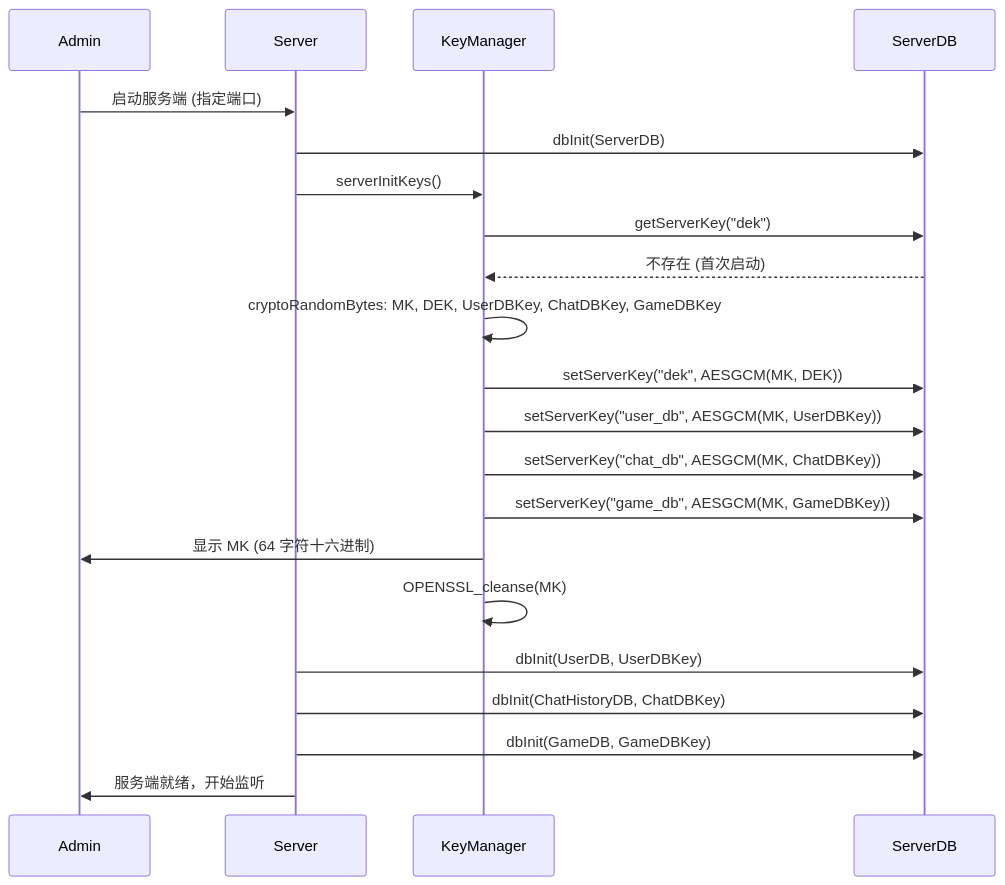
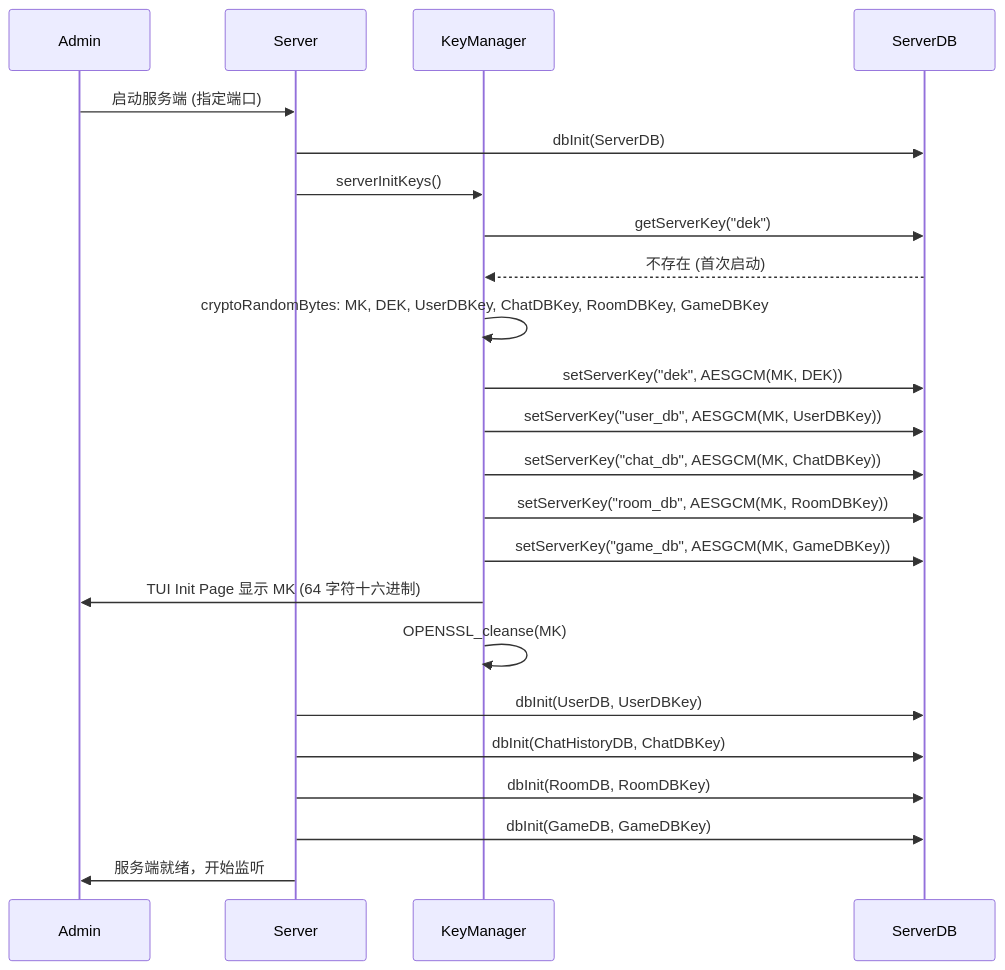
Before and after one commit to WinstonMeursault/PacPlay: diagram 22 of 26 in docs/API.md, drawn with Mermaid. The commit also changed other lines of this file and 29 other files, not shown here.

First line of the commit message:
feat(server): add server TUI and logging subsystem Squashed commit of the following:

````diff
--- a/docs/API.md
+++ b/docs/API.md
@@ -1818,24 +2379,26 @@
 ```mermaid
 sequenceDiagram
     participant Admin
     participant S as Server
     participant K as KeyManager
     participant DB as ServerDB
 
     Admin->>S: 启动服务端 (指定端口)
     S->>DB: dbInit(ServerDB)
     S->>K: serverInitKeys()
     K->>DB: getServerKey("dek")
     DB-->>K: 不存在 (首次启动)
-    K->>K: cryptoRandomBytes: MK, DEK, UserDBKey, ChatDBKey, GameDBKey
+    K->>K: cryptoRandomBytes: MK, DEK, UserDBKey, ChatDBKey, RoomDBKey, GameDBKey
     K->>DB: setServerKey("dek", AESGCM(MK, DEK))
     K->>DB: setServerKey("user_db", AESGCM(MK, UserDBKey))
     K->>DB: setServerKey("chat_db", AESGCM(MK, ChatDBKey))
+    K->>DB: setServerKey("room_db", AESGCM(MK, RoomDBKey))
     K->>DB: setServerKey("game_db", AESGCM(MK, GameDBKey))
-    K->>Admin: 显示 MK (64 字符十六进制)
+    K->>Admin: TUI Init Page 显示 MK (64 字符十六进制)
     K->>K: OPENSSL_cleanse(MK)
     S->>DB: dbInit(UserDB, UserDBKey)
     S->>DB: dbInit(ChatHistoryDB, ChatDBKey)
+    S->>DB: dbInit(RoomDB, RoomDBKey)
     S->>DB: dbInit(GameDB, GameDBKey)
     S->>Admin: 服务端就绪，开始监听
 ```
````
